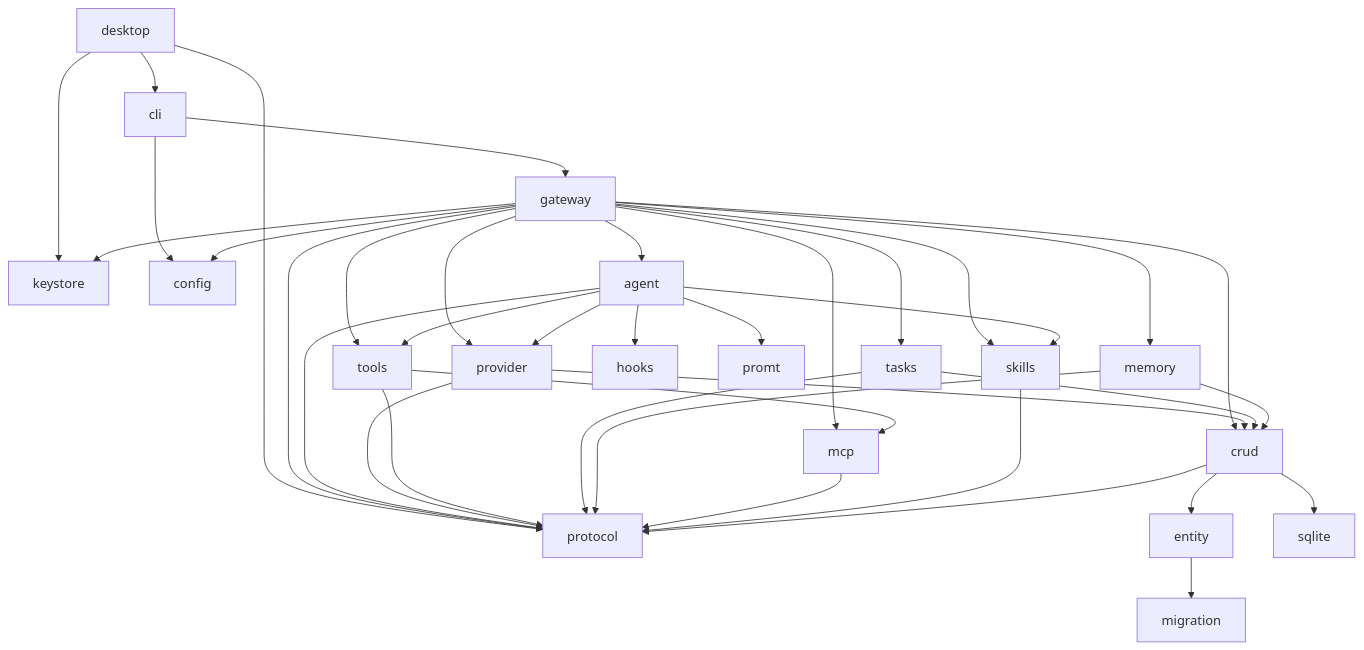
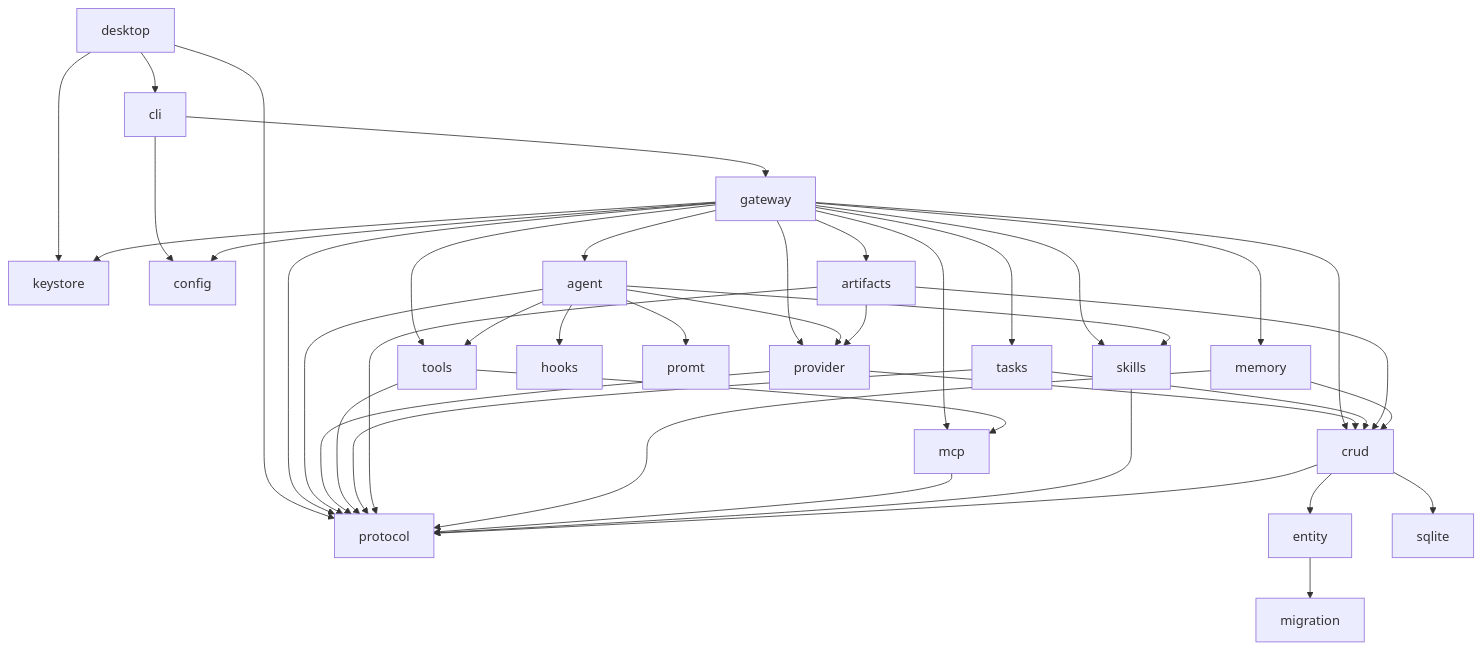
Before and after one commit to pioneerdotai/docs: the diagram in architecture/crates.mdx, drawn with Mermaid. The commit also changed other lines of this file and 7 other files, not shown here.

````diff
--- a/architecture/crates.mdx
+++ b/architecture/crates.mdx
@@ -42,43 +43,47 @@
 ```mermaid
 flowchart TB
   Desktop["desktop"] --> Protocol["protocol"]
   Desktop --> CLI["cli"]
   Desktop --> Keystore["keystore"]
   CLI --> Config["config"]
   CLI --> Gateway
 
   Gateway["gateway"] --> Protocol
   Gateway --> Agent["agent"]
   Gateway --> Memory["memory"]
   Gateway --> Provider["provider"]
   Gateway --> Tools["tools"]
   Gateway --> Tasks["tasks"]
+  Gateway --> Artifacts["artifacts"]
   Gateway --> MCP["mcp"]
   Gateway --> Skills["skills"]
   Gateway --> CRUD["crud"]
   Gateway --> Config
   Gateway --> Keystore
 
   Agent --> Hooks["hooks"]
   Agent --> Protocol
   Agent --> Provider
   Agent --> Tools
   Agent --> Prompt["promt"]
   Agent --> Skills
 
   Provider --> Protocol
   Provider --> CRUD
   Tools --> Protocol
   Tools --> MCP
   Tasks --> Protocol
   Tasks --> CRUD
+  Artifacts --> Protocol
+  Artifacts --> CRUD
+  Artifacts --> Provider
   Memory --> Protocol
   Memory --> CRUD
   MCP --> Protocol
   Skills --> Protocol
 
   CRUD --> Protocol
   CRUD --> Entity["entity"]
   CRUD --> SQLite["sqlite"]
   Entity --> Migration["migration"]
 ```
````
